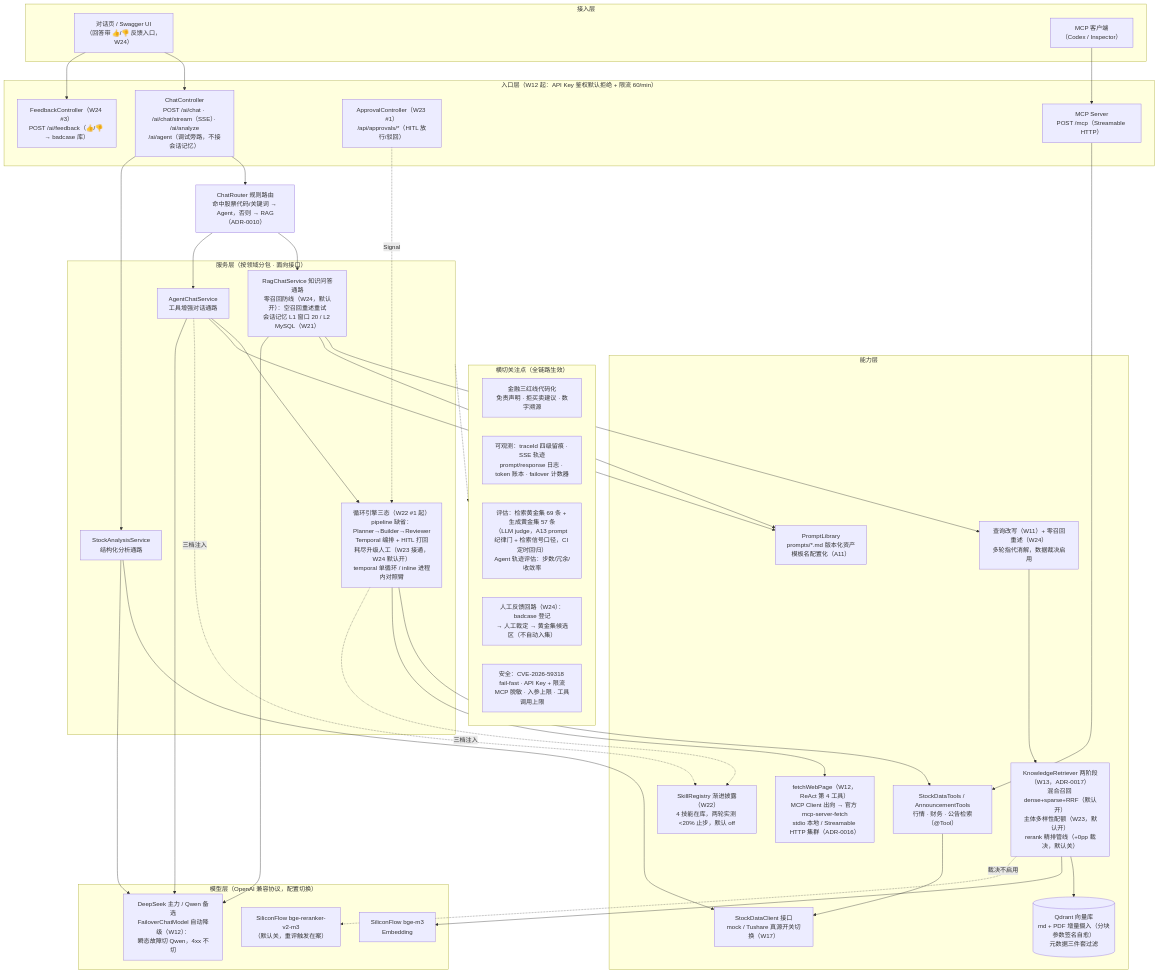
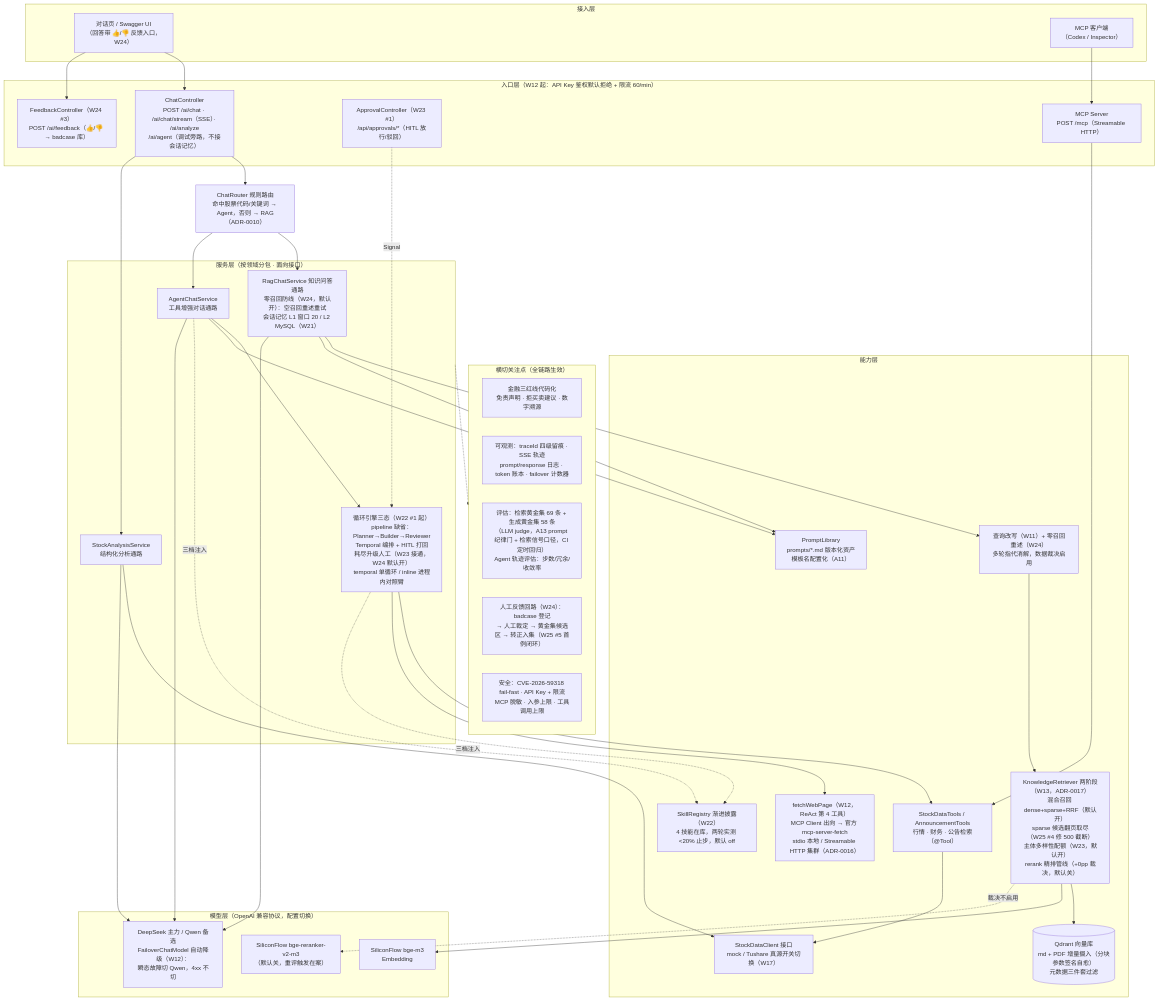
Before and after one commit to GuohuiYin/ai-evolution: the first of 2 diagrams in README.md, drawn with Mermaid. The commit also changed other lines of this file and 2 other files, not shown here.

First line of the commit message:
docs: W25 周收官（周记 + README 快照对齐 + 课程地图收尾）

````diff
--- a/README.md
+++ b/README.md
@@ -71,69 +71,69 @@
 ```mermaid
 flowchart TB
     subgraph clients["接入层"]
         UI["对话页 / Swagger UI<br/>（回答带 👍/👎 反馈入口，W24）"]
         MCPClient["MCP 客户端<br/>（Codex / Inspector）"]
     end
 
     subgraph entry["入口层（W12 起：API Key 鉴权默认拒绝 + 限流 60/min）"]
         Ctrl["ChatController<br/>POST /ai/chat · /ai/chat/stream（SSE）· /ai/analyze<br/>/ai/agent（调试旁路，不接会话记忆）"]
         FbCtrl["FeedbackController（W24 #3）<br/>POST /ai/feedback（👍/👎 → badcase 库）"]
         ApprCtrl["ApprovalController（W23 #1）<br/>/api/approvals/*（HITL 放行/驳回）"]
         MCPServer["MCP Server<br/>POST /mcp（Streamable HTTP）"]
     end
 
     Router["ChatRouter 规则路由<br/>命中股票代码/关键词 → Agent，否则 → RAG<br/>（ADR-0010）"]
 
     subgraph services["服务层（按领域分包 · 面向接口）"]
         RAG["RagChatService 知识问答通路<br/>零召回防线（W24，默认开）：空召回重述重试<br/>会话记忆 L1 窗口 20 / L2 MySQL（W21）"]
         Agent["AgentChatService<br/>工具增强对话通路"]
         Loop["循环引擎三态（W22 #1 起）<br/>pipeline 缺省：Planner→Builder→Reviewer<br/>Temporal 编排 + HITL 打回耗尽升级人工（W23 接通，W24 默认开）<br/>temporal 单循环 / inline 进程内对照臂"]
         Analyze["StockAnalysisService<br/>结构化分析通路"]
     end
 
     subgraph capability["能力层"]
         Rewrite["查询改写（W11）+ 零召回重述（W24）<br/>多轮指代消解，数据裁决启用"]
-        Retriever["KnowledgeRetriever 两阶段（W13，ADR-0017）<br/>混合召回 dense+sparse+RRF（默认开）<br/>主体多样性配额（W23，默认开）<br/>rerank 精排管线（+0pp 裁决，默认关）"]
+        Retriever["KnowledgeRetriever 两阶段（W13，ADR-0017）<br/>混合召回 dense+sparse+RRF（默认开）<br/>sparse 候选翻页取尽（W25 #4 修 500 截断）<br/>主体多样性配额（W23，默认开）<br/>rerank 精排管线（+0pp 裁决，默认关）"]
         Qdrant[("Qdrant 向量库<br/>md + PDF 增量摄入（分块参数签名自愈）<br/>元数据三件套过滤")]
         Tools["StockDataTools / AnnouncementTools<br/>行情 · 财务 · 公告检索（@Tool）"]
         Fetch["fetchWebPage（W12，ReAct 第 4 工具）<br/>MCP Client 出向 → 官方 mcp-server-fetch<br/>stdio 本地 / Streamable HTTP 集群（ADR-0016）"]
         StockClient["StockDataClient 接口<br/>mock / Tushare 真源开关切换（W17）"]
         Skill["SkillRegistry 渐进披露（W22）<br/>4 技能在库，两轮实测 <20% 止步，默认 off"]
         Prompts["PromptLibrary<br/>prompts/*.md 版本化资产<br/>模板名配置化（A11）"]
     end
 
     subgraph models["模型层（OpenAI 兼容协议，配置切换）"]
         LLM["DeepSeek 主力 / Qwen 备选<br/>FailoverChatModel 自动降级（W12）：<br/>瞬态故障切 Qwen，4xx 不切"]
         Embed["SiliconFlow bge-m3<br/>Embedding"]
         Rerank["SiliconFlow bge-reranker-v2-m3<br/>（默认关，重评触发在案）"]
     end
 
     UI --> Ctrl & FbCtrl
     MCPClient --> MCPServer
     MCPServer --> Tools
     Ctrl --> Router
     Router --> RAG & Agent
     Ctrl --> Analyze
     Agent --> Loop
     Loop --> Tools
     Loop --> Fetch
     ApprCtrl -.Signal.-> Loop
     RAG --> Rewrite --> Retriever --> Qdrant
     RAG --> Prompts
     Agent --> Prompts
     Agent & Loop -.三档注入.-> Skill
     Tools --> StockClient
     Analyze --> StockClient
     Retriever --> Embed
     Retriever -.裁决不启用.-> Rerank
     RAG & Agent & Analyze --> LLM
 
     subgraph cross["横切关注点（全链路生效）"]
         RedLines["金融三红线代码化<br/>免责声明 · 拒买卖建议 · 数字溯源"]
         Obs["可观测：traceId 四级留痕 · SSE 轨迹<br/>prompt/response 日志 · token 账本 · failover 计数器"]
-        Eval["评估：检索黄金集 69 条 + 生成黄金集 57 条<br/>（LLM judge，A13 prompt 纪律门 + 检索信号口径，CI 定时回归）<br/>Agent 轨迹评估：步数/冗余/收敛率"]
-        FB["人工反馈回路（W24）：badcase 登记<br/>→ 人工裁定 → 黄金集候选区（不自动入集）"]
+        Eval["评估：检索黄金集 69 条 + 生成黄金集 58 条<br/>（LLM judge，A13 prompt 纪律门 + 检索信号口径，CI 定时回归）<br/>Agent 轨迹评估：步数/冗余/收敛率"]
+        FB["人工反馈回路（W24）：badcase 登记<br/>→ 人工裁定 → 黄金集候选区 → 转正入集（W25 #5 首例闭环）"]
         Sec["安全：CVE-2026-59318 fail-fast · API Key + 限流<br/>MCP 脱敏 · 入参上限 · 工具调用上限"]
     end
     services -.-> cross
 ```
````
